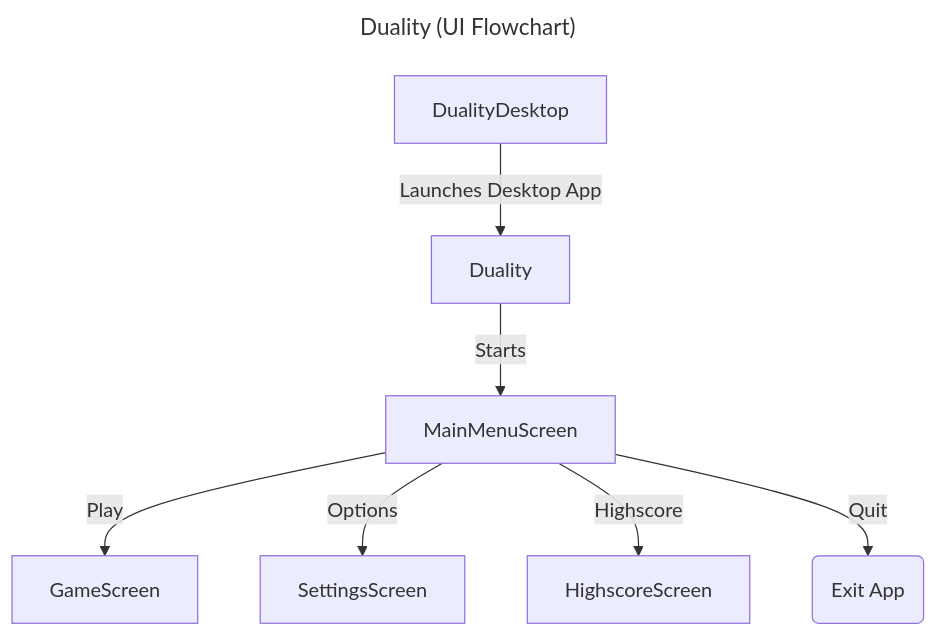
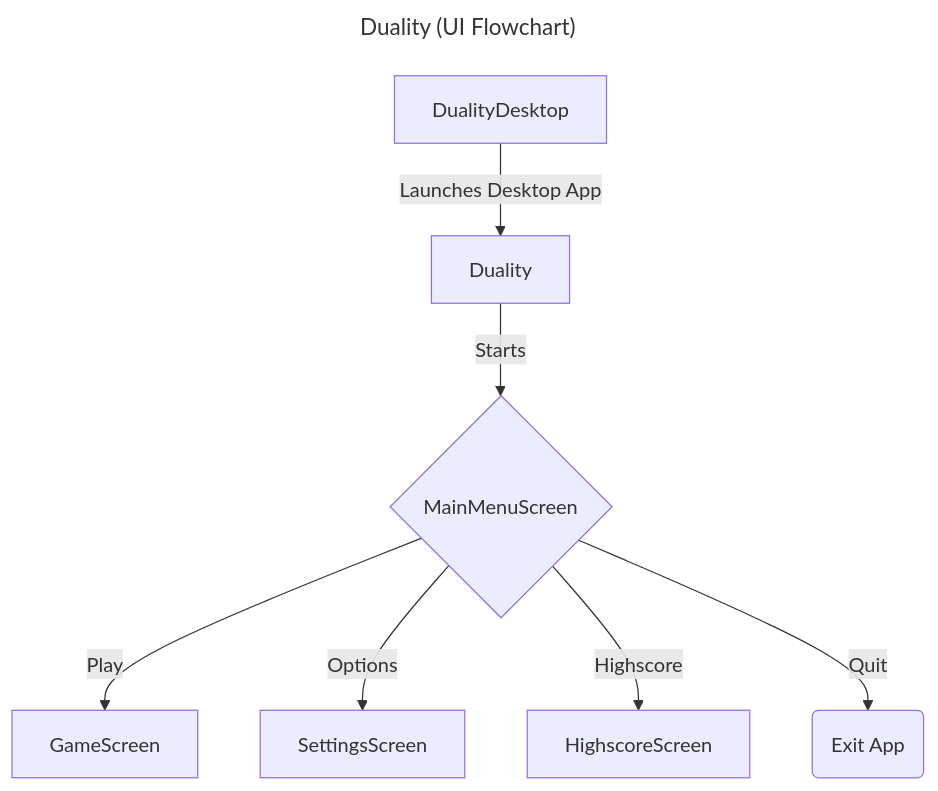
Before and after one commit to Programming-Project-2021-22/course-project-davidfabio: the diagram in UI-FLOWCHART.md, drawn with Mermaid. The commit also changed 2 other files, not shown here.

Commit message:
Update UI Flowchart and Game Class Diagram

````diff
--- a/UI-FLOWCHART.md
+++ b/UI-FLOWCHART.md
@@ -1,13 +1,12 @@
 ```mermaid
 ---
 title: Duality (UI Flowchart)
 ---
 flowchart TD
     A[DualityDesktop] -->|Launches Desktop App| B[Duality]
-    B --> |Starts| C[MainMenuScreen]
+    B --> |Starts| C{MainMenuScreen}
     C -->|Play| D[GameScreen]
     C -->|Options| E[SettingsScreen]
     C -->|Highscore| F[HighscoreScreen]
     C -->|Quit| G(Exit App)
-
 ```
````
